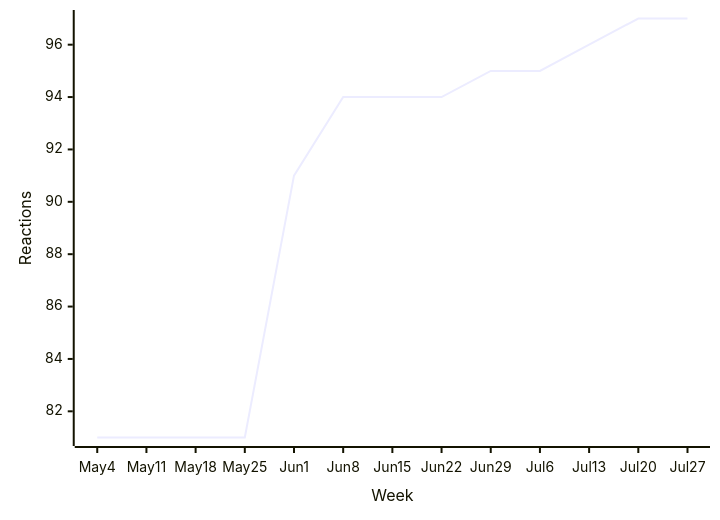
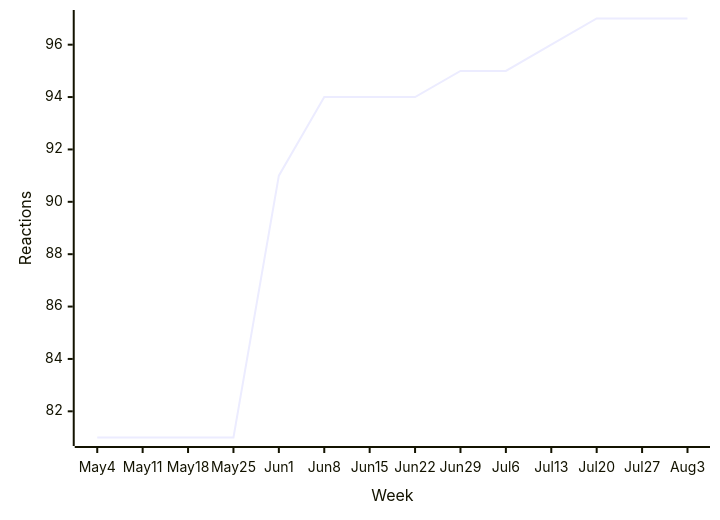
The tenth of 44 diagrams in README.md (loic-sharma/github-insights), drawn with Mermaid before and after one commit. The commit also changed other lines of this file and 3 other files, not shown here.

````diff
--- a/README.md
+++ b/README.md
@@ -492,6 +492,6 @@
   ```mermaid
   xychart-beta
-    x-axis "Week" [May 4, May 11, May 18, May 25, Jun 1, Jun 8, Jun 15, Jun 22, Jun 29, Jul 6, Jul 13, Jul 20, Jul 27]
+    x-axis "Week" [May 4, May 11, May 18, May 25, Jun 1, Jun 8, Jun 15, Jun 22, Jun 29, Jul 6, Jul 13, Jul 20, Jul 27, Aug 3]
     y-axis "Reactions"
-    line [81, 81, 81, 81, 91, 94, 94, 94, 95, 95, 96, 97, 97]
+    line [81, 81, 81, 81, 91, 94, 94, 94, 95, 95, 96, 97, 97, 97]
   ```
````
